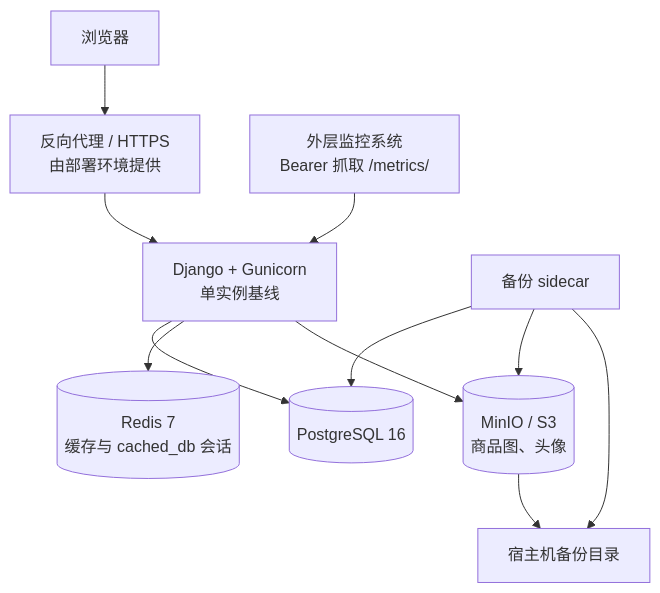
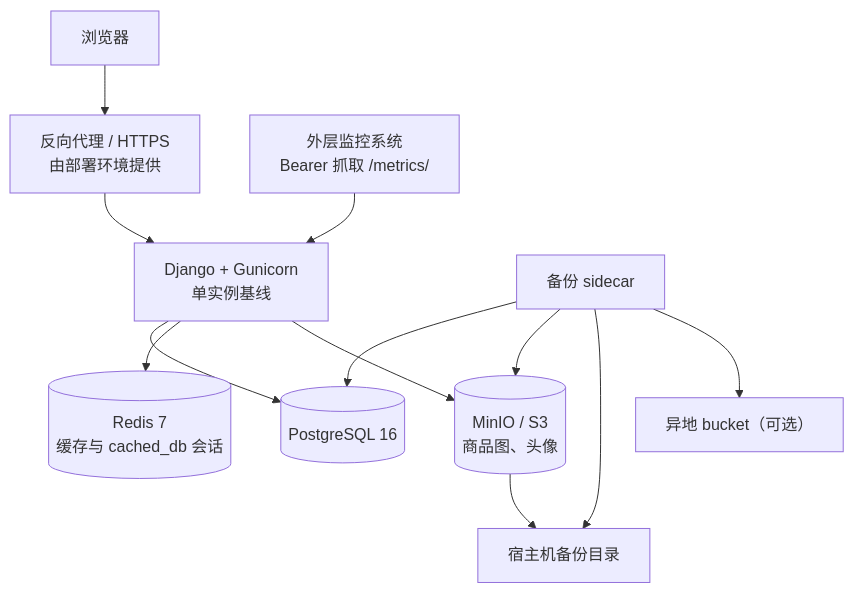
One commit to strawberry-little-bear/campus_glimmer changed the diagram in docs/production-deployment.md. Above: the diagram before and after it, drawn with Mermaid. The commit also changed other lines of this file and 6 other files, not shown here.

````diff
--- a/docs/production-deployment.md
+++ b/docs/production-deployment.md
@@ -13,13 +13,14 @@
 ```mermaid
 flowchart TB
     Browser["浏览器"] --> Proxy["反向代理 / HTTPS<br/>由部署环境提供"]
     Proxy --> Web["Django + Gunicorn<br/>单实例基线"]
     Web --> PG[("PostgreSQL 16")]
     Web --> Redis[("Redis 7<br/>缓存与 cached_db 会话")]
     Web --> MinIO[("MinIO / S3<br/>商品图、头像")]
     Backup["备份 sidecar"] --> PG
     Backup --> MinIO
     Backup --> Disk["宿主机备份目录"]
+    Backup --> Offsite["异地 bucket（可选）"]
     MinIO --> Disk
     Monitor["外层监控系统<br/>Bearer 抓取 /metrics/"] --> Web
 ```
````
